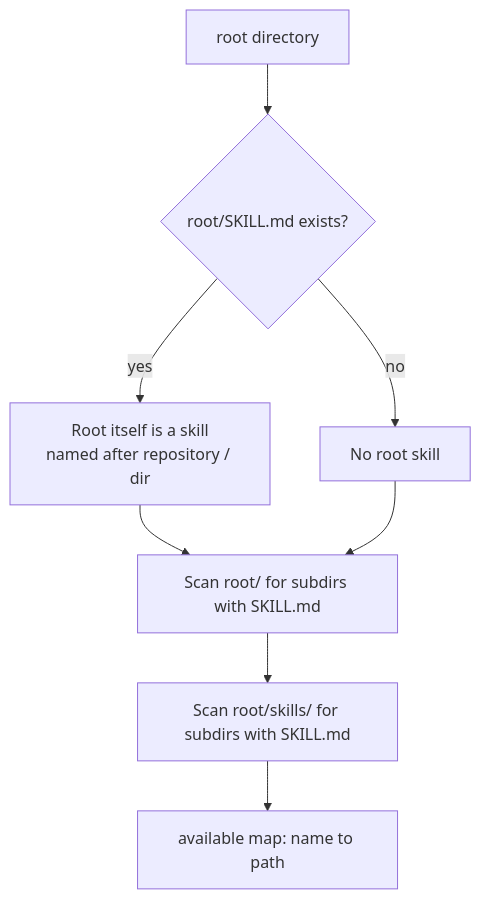
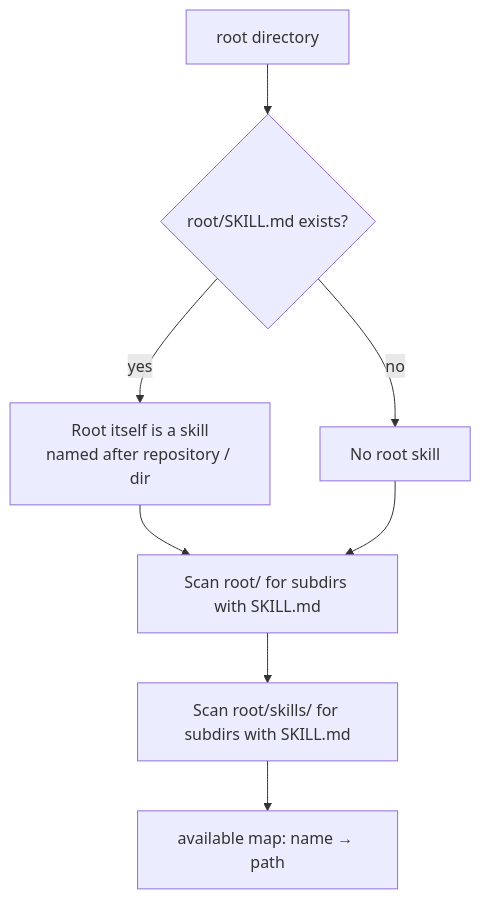
One commit to pivoshenko/kasetto changed the third of 10 diagrams in site/content/docs/sync-flow.mdx. Above: the diagram before and after it, drawn with Mermaid. The commit also changed other lines of this file and 29 other files, not shown here.

````diff
--- a/site/content/docs/sync-flow.mdx
+++ b/site/content/docs/sync-flow.mdx
@@ -72,10 +72,10 @@
 ```mermaid
 flowchart TD
     A[root directory] --> B{root/SKILL.md exists?}
     B -->|yes| C[Root itself is a skill\nnamed after repository / dir]
     B -->|no| D[No root skill]
     C --> E[Scan root/ for subdirs with SKILL.md]
     D --> E
     E --> F[Scan root/skills/ for subdirs with SKILL.md]
-    F --> G[available map: name to path]
+    F --> G[available map: name → path]
 ```
````
